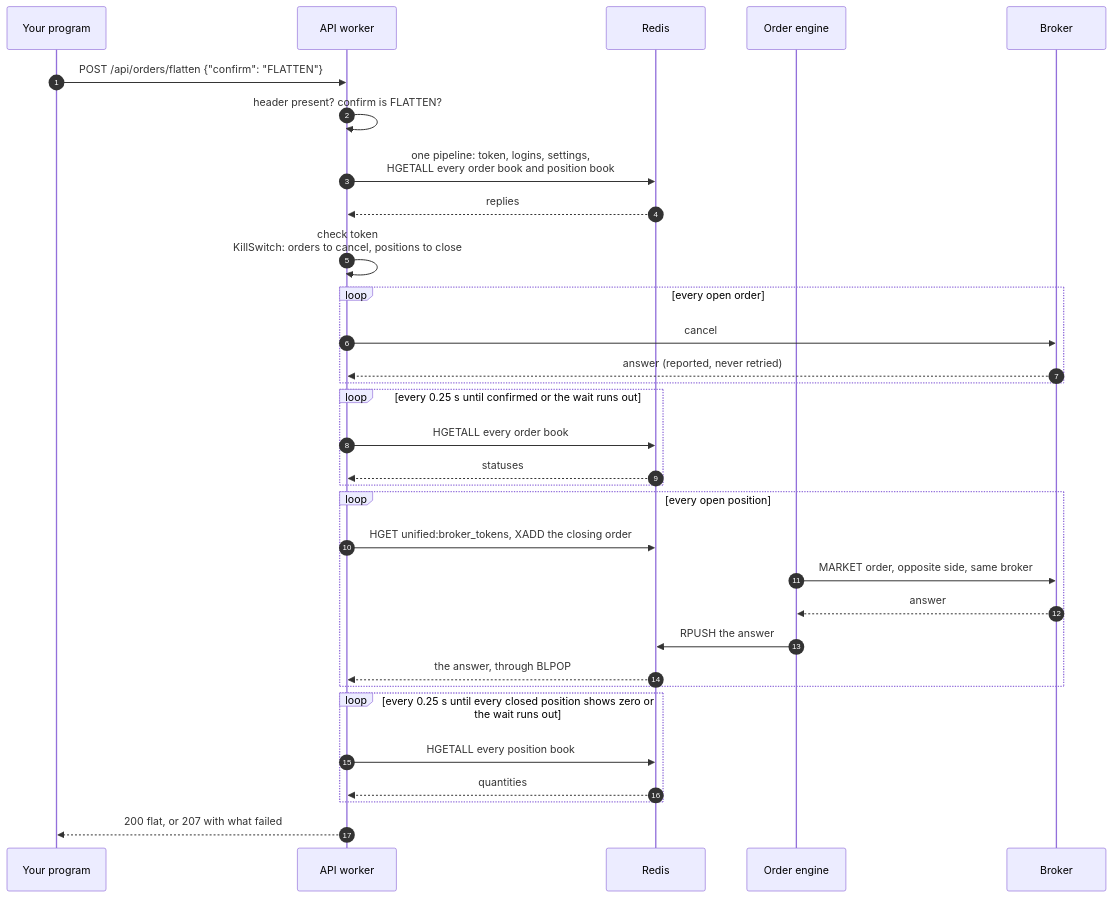
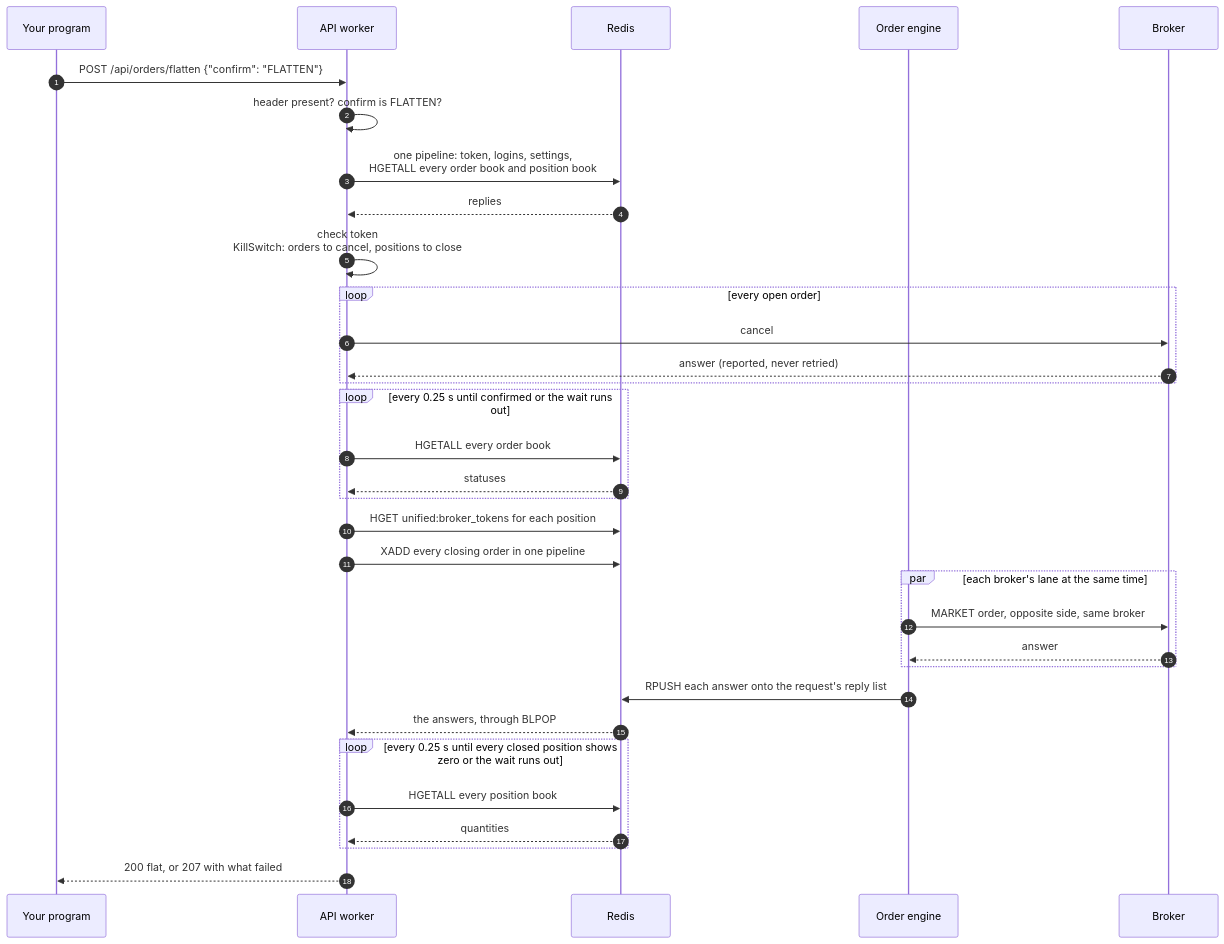
One commit to pramodathani/unified_broker_interface changed the diagram in docs/rest-api/flatten.md. Above: the diagram before and after it, drawn with Mermaid. The commit also changed other lines of this file and 3 other files, not shown here.

First line of the commit message:
Send flatten's closing orders to the engine as one list

````diff
--- a/docs/rest-api/flatten.md
+++ b/docs/rest-api/flatten.md
@@ -278,34 +278,35 @@
 ```mermaid
 sequenceDiagram
     autonumber
     participant C as Your program
     participant A as API worker
     participant R as Redis
     participant E as Order engine
     participant B as Broker
     C->>A: POST /api/orders/flatten {"confirm": "FLATTEN"}
     A->>A: header present? confirm is FLATTEN?
     A->>R: one pipeline: token, logins, settings,<br/>HGETALL every order book and position book
     R-->>A: replies
     A->>A: check token<br/>KillSwitch: orders to cancel, positions to close
     loop every open order
         A->>B: cancel
         B-->>A: answer (reported, never retried)
     end
     loop every 0.25 s until confirmed or the wait runs out
         A->>R: HGETALL every order book
         R-->>A: statuses
     end
-    loop every open position
-        A->>R: HGET unified:broker_tokens, XADD the closing order
+    A->>R: HGET unified:broker_tokens for each position
+    A->>R: XADD every closing order in one pipeline
+    par each broker's lane at the same time
         E->>B: MARKET order, opposite side, same broker
         B-->>E: answer
-        E->>R: RPUSH the answer
-        R-->>A: the answer, through BLPOP
     end
+    E->>R: RPUSH each answer onto the request's reply list
+    R-->>A: the answers, through BLPOP
     loop every 0.25 s until every closed position shows zero or the wait runs out
         A->>R: HGETALL every position book
         R-->>A: quantities
     end
     A-->>C: 200 flat, or 207 with what failed
 ```
````
